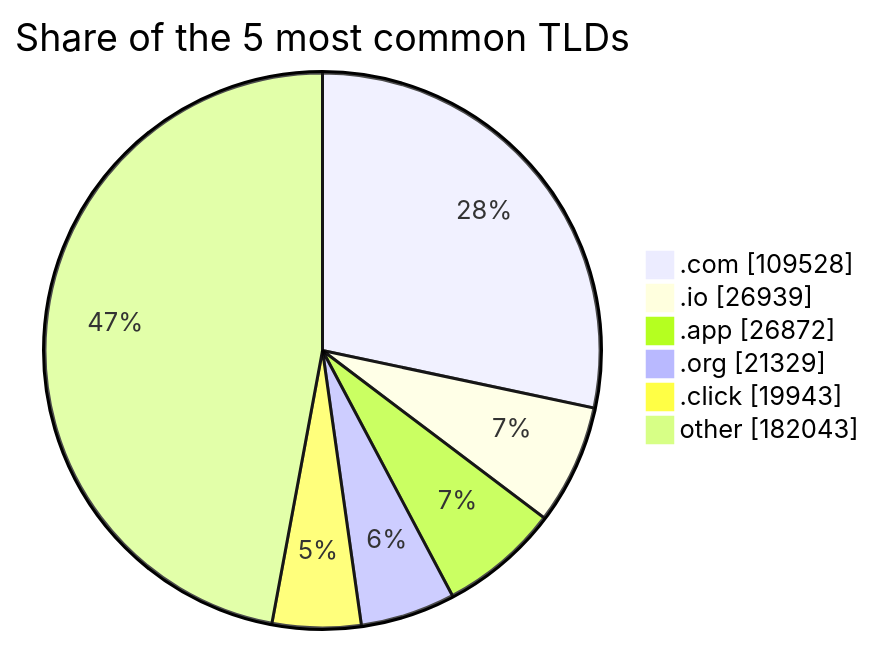
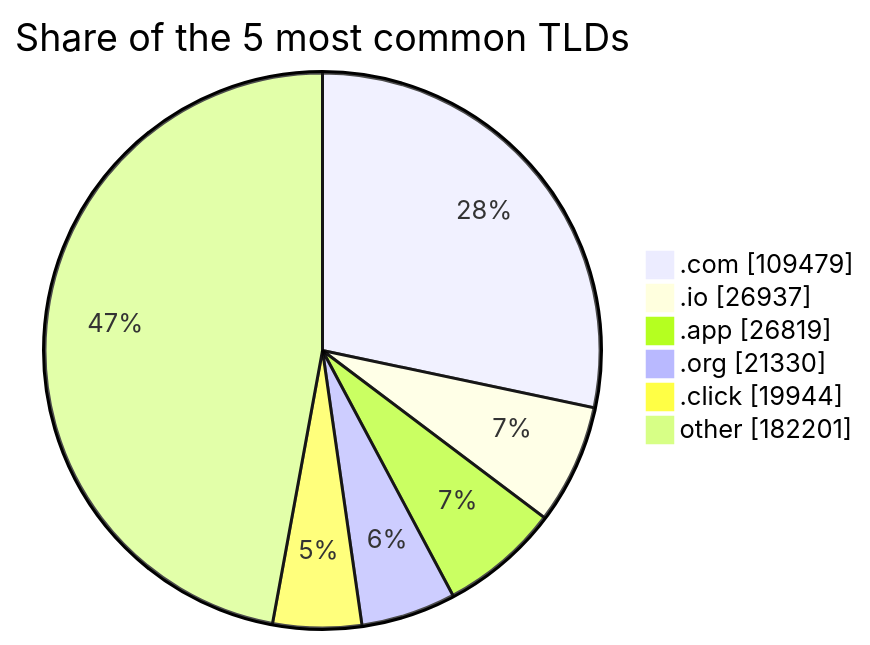
One commit to DNSBunker/CTI changed the third of 3 diagrams in README.md. Above: the diagram before and after it, drawn with Mermaid. The commit also changed other lines of this file and 3 other files, not shown here.

````diff
--- a/README.md
+++ b/README.md
@@ -81,9 +81,9 @@
 ```mermaid
 pie showData title Share of the 5 most common TLDs
-    ".com" : 109528
-    ".io" : 26939
-    ".app" : 26872
-    ".org" : 21329
-    ".click" : 19943
-    "other" : 182043
+    ".com" : 109479
+    ".io" : 26937
+    ".app" : 26819
+    ".org" : 21330
+    ".click" : 19944
+    "other" : 182201
 ```
````
